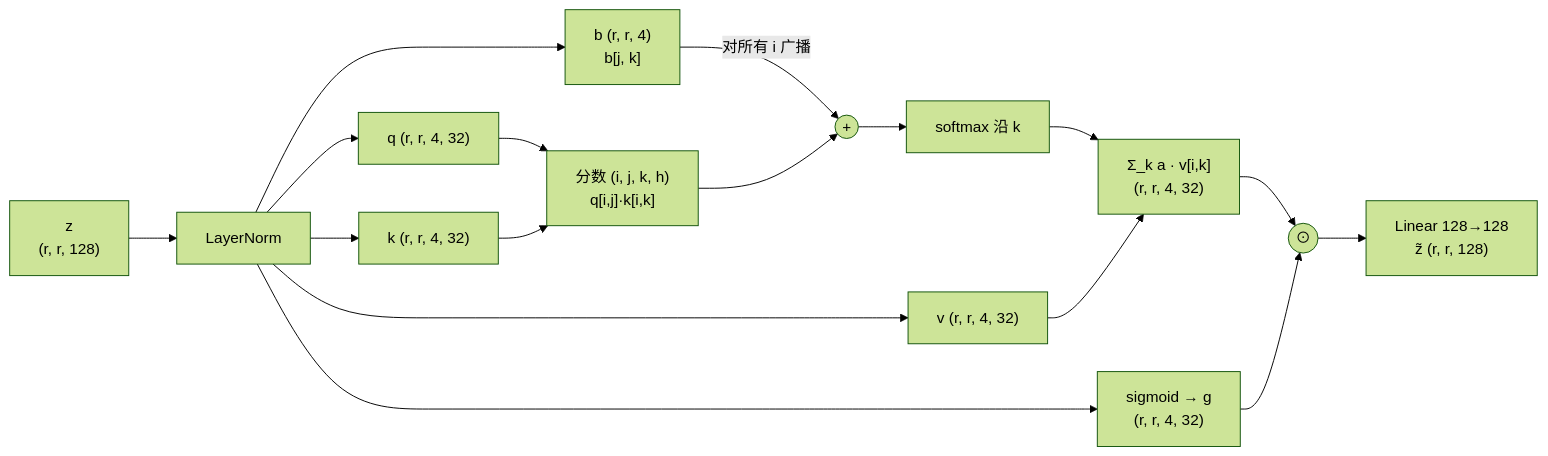
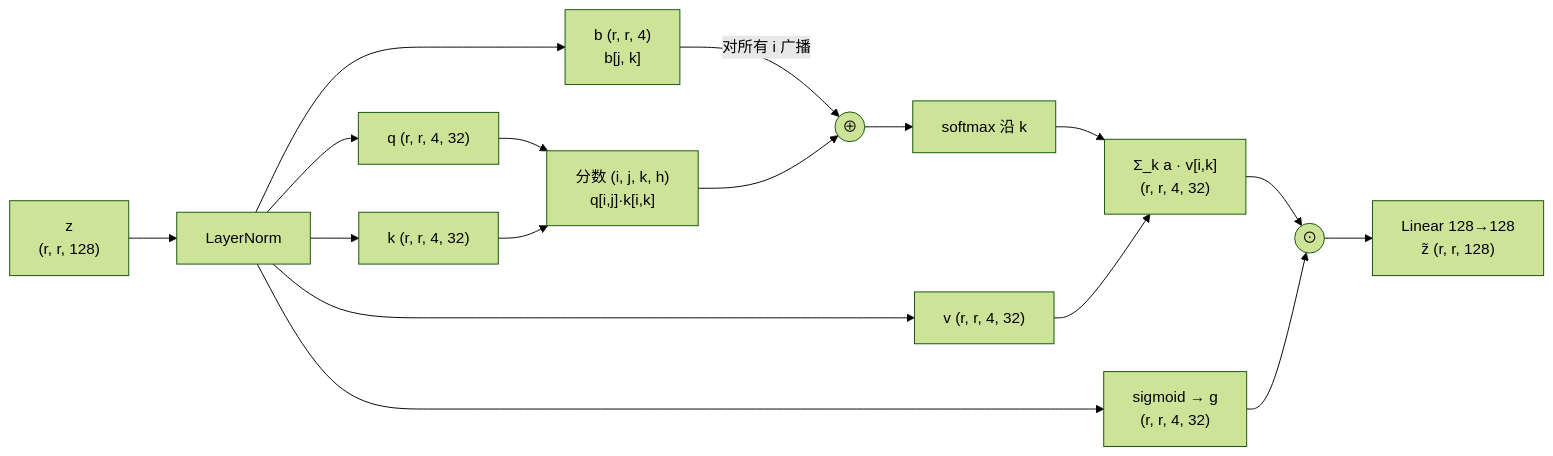
One commit to xiaohuzai/xiaohuzai.github.io changed the fifth of 7 diagrams in content/notes/AI4S/AlphaFold/AlphaFold-Decode/Evoformer.md. Above: the diagram before and after it, drawn with Mermaid (forest theme). The commit also changed other lines of this file and 1 other file, not shown here.

Commit message:
fix: mermaid 节点裸 + 渲染成 Unsupported markdown: list → 改用 ⊕
圆形节点 ((+)) 里的裸加号被 mermaid 的 markdown 管线当列表语法，
站点上渲染成错误节点；§3.7 与 §8.2.1.4 两处改为 ((⊕))，与正文
「在 ⊕ 处加到 pair 表示上」的记号一致。AGENTS.md 补充该规则。

````diff
--- a/content/notes/AI4S/AlphaFold/AlphaFold-Decode/Evoformer.md
+++ b/content/notes/AI4S/AlphaFold/AlphaFold-Decode/Evoformer.md
@@ -484,19 +484,19 @@
 ```mermaid
 flowchart LR
     Z["z<br/>(r, r, 128)"] --> LN[LayerNorm]
     LN --> Q["q (r, r, 4, 32)"]
     LN --> K["k (r, r, 4, 32)"]
     LN --> V["v (r, r, 4, 32)"]
     LN --> G["sigmoid → g<br/>(r, r, 4, 32)"]
     LN --> B["b (r, r, 4)<br/>b[j, k]"]
     Q & K --> S["分数 (i, j, k, h)<br/>q[i,j]·k[i,k]"]
-    B -->|"对所有 i 广播"| ADD((+))
+    B -->|"对所有 i 广播"| ADD((⊕))
     S --> ADD
     ADD --> SM["softmax 沿 k"]
     SM --> O["Σ_k a · v[i,k]<br/>(r, r, 4, 32)"]
     V --> O
     O --> MUL((⊙))
     G --> MUL
     MUL --> OUT["Linear 128→128<br/>z̃ (r, r, 128)"]
 
 ```
````
